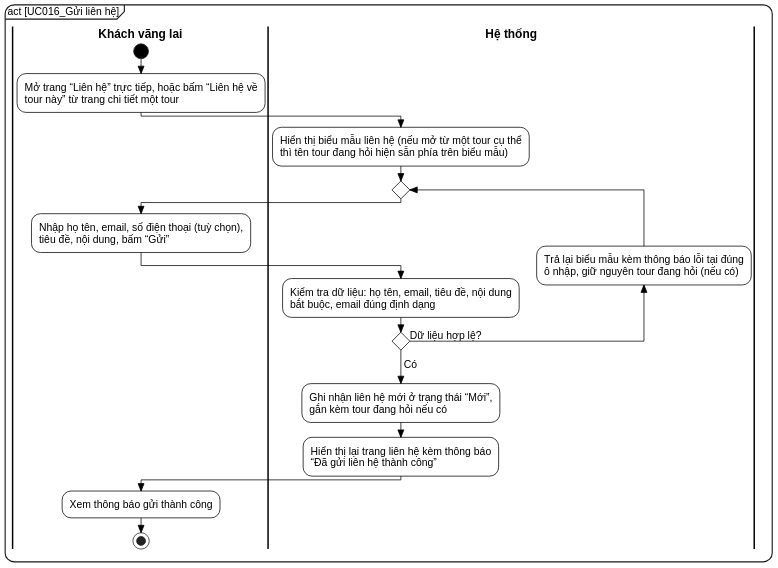
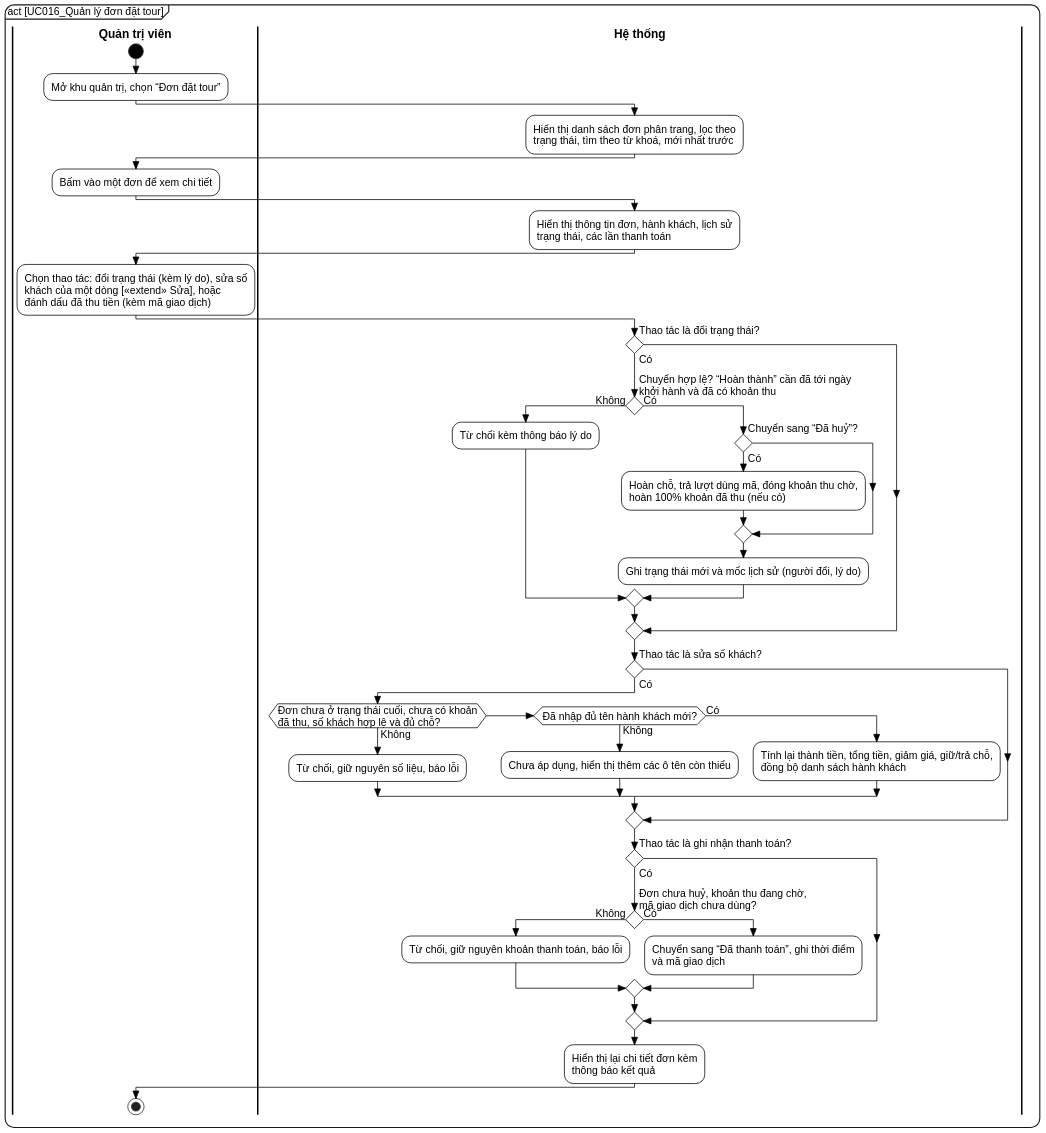
Before and after one commit to kanele05/project_www: the diagram in docs/report/diagrams/src/UC016_activity.puml, drawn with PlantUML. The commit also changed 104 other files, not shown here.

First line of the commit message:
Sắp xếp lại use case theo biểu đồ tổng quát: đánh số lại UC001–UC021, gộp quản lý danh mục, cập nhật đặc tả và sơ đồ

```diff
--- a/docs/report/diagrams/src/UC016_activity.puml
+++ b/docs/report/diagrams/src/UC016_activity.puml
@@ -1,48 +1,82 @@
 @startuml UC016_activity
 skinparam dpi 140
 skinparam defaultFontName "Liberation Sans"
 skinparam defaultFontSize 14
 skinparam backgroundColor white
 skinparam shadowing false
 skinparam RoundCorner 24
 skinparam ArrowColor black
 skinparam ArrowThickness 1.1
 skinparam ConditionStyle diamond
 skinparam ConditionEndStyle diamond
 skinparam style strictuml
 skinparam activity {
   BackgroundColor white
   BorderColor black
   BorderThickness 1
   DiamondBackgroundColor white
   DiamondBorderColor black
   StartColor black
   EndColor black
 }
 skinparam swimlane {
   BorderColor black
   BorderThickness 2
   TitleFontStyle bold
   TitleFontSize 16
 }
 skinparam wrapWidth 600
-mainframe act [UC016_Gửi liên hệ]
-|Khách vãng lai|
+mainframe act [UC016_Quản lý đơn đặt tour]
+|Quản trị viên|
 start
-:Mở trang “Liên hệ” trực tiếp, hoặc bấm “Liên hệ về\ntour này” từ trang chi tiết một tour;
+:Mở khu quản trị, chọn “Đơn đặt tour”;
 |Hệ thống|
-:Hiển thị biểu mẫu liên hệ (nếu mở từ một tour cụ thể\nthì tên tour đang hỏi hiện sẵn phía trên biểu mẫu);
-repeat
-  |Khách vãng lai|
-  :Nhập họ tên, email, số điện thoại (tuỳ chọn),\ntiêu đề, nội dung, bấm “Gửi”;
-  |Hệ thống|
-  :Kiểm tra dữ liệu: họ tên, email, tiêu đề, nội dung\nbắt buộc, email đúng định dạng;
-  backward :Trả lại biểu mẫu kèm thông báo lỗi tại đúng\nô nhập, giữ nguyên tour đang hỏi (nếu có);
-repeat while (Dữ liệu hợp lệ?) is (Không)
-->Có;
-:Ghi nhận liên hệ mới ở trạng thái “Mới”,\ngắn kèm tour đang hỏi nếu có;
-:Hiển thị lại trang liên hệ kèm thông báo\n“Đã gửi liên hệ thành công”;
-|Khách vãng lai|
-:Xem thông báo gửi thành công;
+:Hiển thị danh sách đơn phân trang, lọc theo
+trạng thái, tìm theo từ khoá, mới nhất trước;
+|Quản trị viên|
+:Bấm vào một đơn để xem chi tiết;
+|Hệ thống|
+:Hiển thị thông tin đơn, hành khách, lịch sử
+trạng thái, các lần thanh toán;
+|Quản trị viên|
+:Chọn thao tác: đổi trạng thái (kèm lý do), sửa số
+khách của một dòng [«extend» Sửa], hoặc
+đánh dấu đã thu tiền (kèm mã giao dịch);
+|Hệ thống|
+if (Thao tác là đổi trạng thái?) then (Có)
+  if (Chuyển hợp lệ? “Hoàn thành” cần đã tới ngày
+khởi hành và đã có khoản thu) then (Không)
+    :Từ chối kèm thông báo lý do;
+  else (Có)
+    if (Chuyển sang “Đã huỷ”?) then (Có)
+      :Hoàn chỗ, trả lượt dùng mã, đóng khoản thu chờ,
+hoàn 100% khoản đã thu (nếu có);
+    endif
+    :Ghi trạng thái mới và mốc lịch sử (người đổi, lý do);
+  endif
+endif
+if (Thao tác là sửa số khách?) then (Có)
+  if (Đơn chưa ở trạng thái cuối, chưa có khoản
+đã thu, số khách hợp lệ và đủ chỗ?) then (Không)
+    :Từ chối, giữ nguyên số liệu, báo lỗi;
+  elseif (Đã nhập đủ tên hành khách mới?) then (Không)
+    :Chưa áp dụng, hiển thị thêm các ô tên còn thiếu;
+  else (Có)
+    :Tính lại thành tiền, tổng tiền, giảm giá, giữ/trả chỗ,
+đồng bộ danh sách hành khách;
+  endif
+endif
+if (Thao tác là ghi nhận thanh toán?) then (Có)
+  if (Đơn chưa huỷ, khoản thu đang chờ,
+mã giao dịch chưa dùng?) then (Không)
+    :Từ chối, giữ nguyên khoản thanh toán, báo lỗi;
+  else (Có)
+    :Chuyển sang “Đã thanh toán”, ghi thời điểm
+và mã giao dịch;
+  endif
+endif
+:Hiển thị lại chi tiết đơn kèm
+thông báo kết quả;
+|Quản trị viên|
 stop
 @enduml
```
